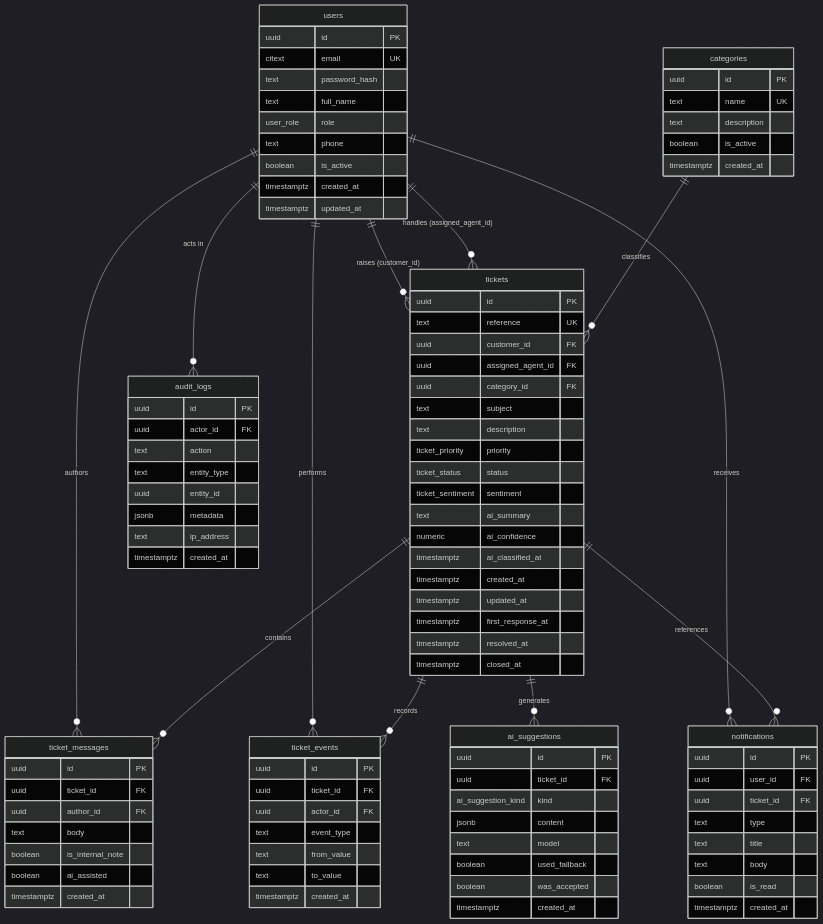
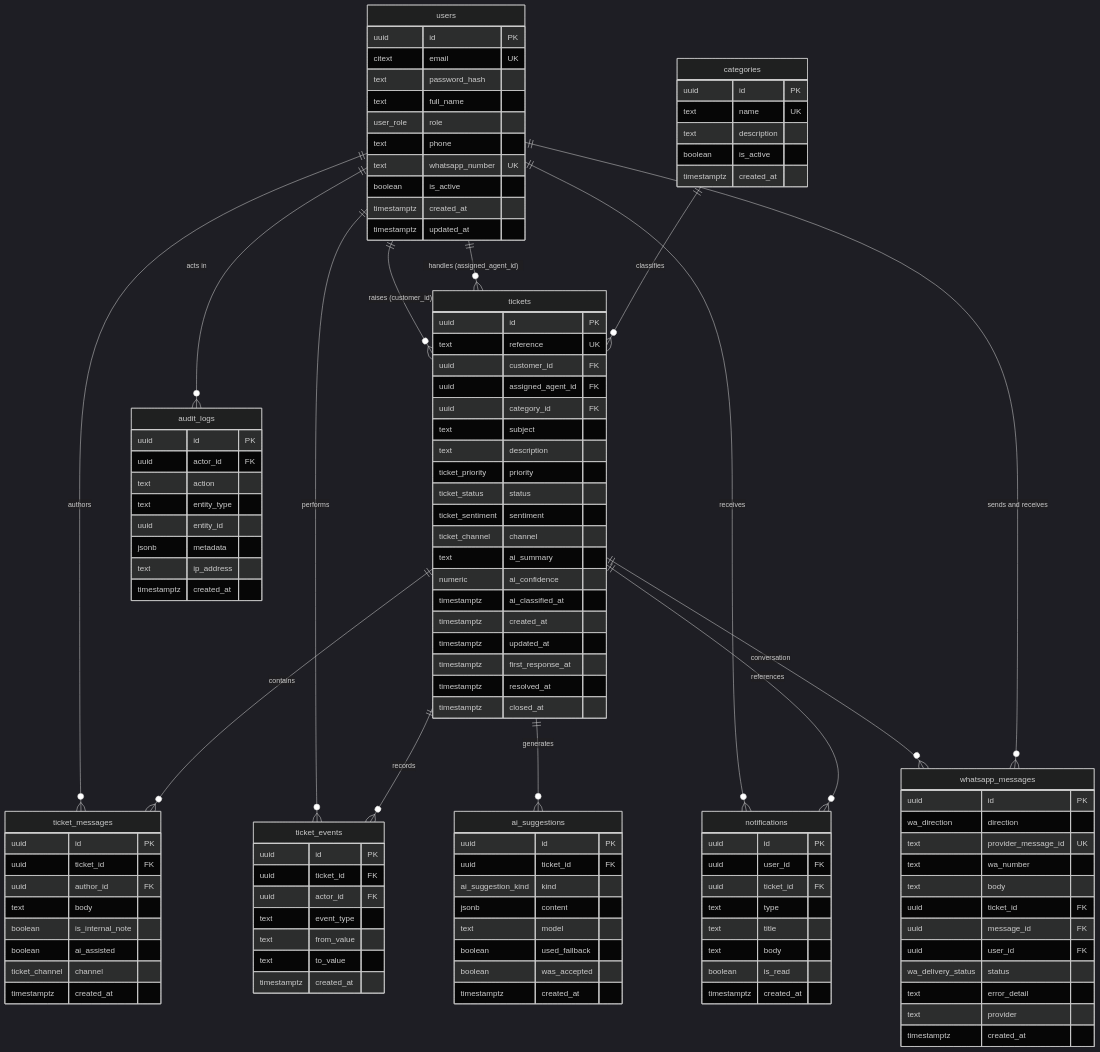
Before and after one commit to ItzGOLLY/servicedesk-ai: the diagram in docs/DATABASE_DESIGN.md, drawn with Mermaid (dark theme). The commit also changed other lines of this file and 30 other files, not shown here.

```diff
--- a/docs/DATABASE_DESIGN.md
+++ b/docs/DATABASE_DESIGN.md
@@ -27,6 +27,8 @@
     tickets ||--o{ ticket_events : "records"
     tickets ||--o{ ai_suggestions : "generates"
     tickets ||--o{ notifications : "references"
+    tickets ||--o{ whatsapp_messages : "conversation"
+    users ||--o{ whatsapp_messages : "sends and receives"
 
     users {
         uuid id PK
@@ -35,6 +37,7 @@
         text full_name
         user_role role
         text phone
+        text whatsapp_number UK
         boolean is_active
         timestamptz created_at
         timestamptz updated_at
@@ -59,6 +62,7 @@
         ticket_priority priority
         ticket_status status
         ticket_sentiment sentiment
+        ticket_channel channel
         text ai_summary
         numeric ai_confidence
         timestamptz ai_classified_at
@@ -76,6 +80,7 @@
         text body
         boolean is_internal_note
         boolean ai_assisted
+        ticket_channel channel
         timestamptz created_at
     }
 
@@ -111,6 +116,21 @@
         timestamptz created_at
     }
 
+    whatsapp_messages {
+        uuid id PK
+        wa_direction direction
+        text provider_message_id UK
+        text wa_number
+        text body
+        uuid ticket_id FK
+        uuid message_id FK
+        uuid user_id FK
+        wa_delivery_status status
+        text error_detail
+        text provider
+        timestamptz created_at
+    }
+
     audit_logs {
         uuid id PK
         uuid actor_id FK
```
